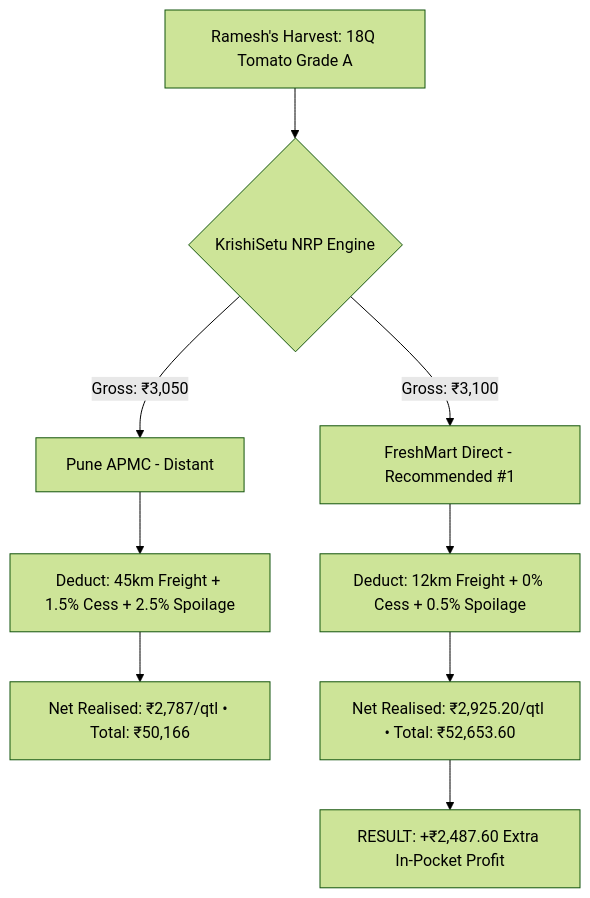
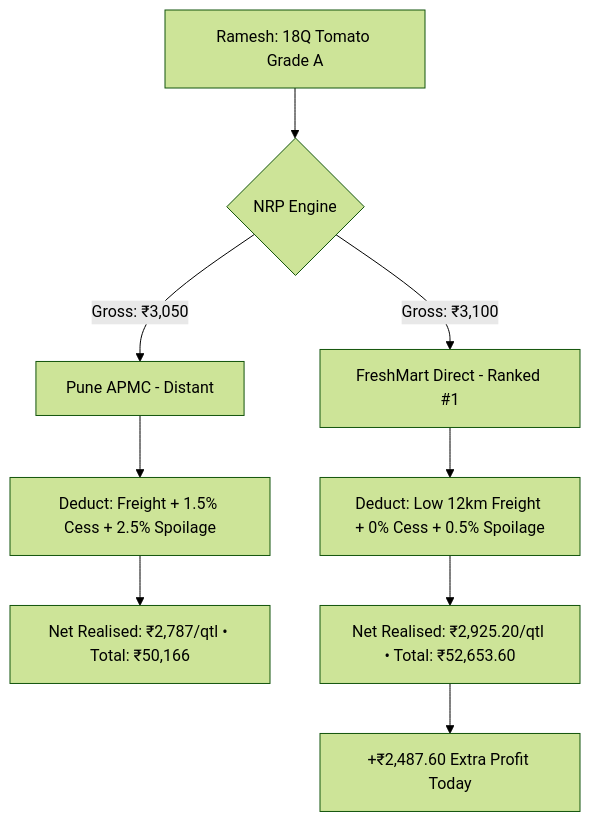
One commit to HackOpsIndia/KrishiSetu changed the diagram in docs/members/rama/README.md. Above: the diagram before and after it, drawn with Mermaid (forest theme). The commit also changed other lines of this file and 24 other files, not shown here.

````diff
--- a/docs/members/rama/README.md
+++ b/docs/members/rama/README.md
@@ -98,14 +24,14 @@
 ```mermaid
 flowchart TD
-    Harvest[Ramesh's Harvest: 18Q Tomato Grade A] --> Compare{KrishiSetu NRP Engine}
+    Harvest[Ramesh: 18Q Tomato Grade A] --> Engine{NRP Engine}
     
-    Compare -->|Gross: ₹3,050| Pune[Pune APMC - Distant]
-    Pune --> Deduct1[Deduct: 45km Freight + 1.5% Cess + 2.5% Spoilage]
+    Engine -->|Gross: ₹3,050| Pune[Pune APMC - Distant]
+    Pune --> Deduct1[Deduct: Freight + 1.5% Cess + 2.5% Spoilage]
     Deduct1 --> Net1[Net Realised: ₹2,787/qtl • Total: ₹50,166]
     
-    Compare -->|Gross: ₹3,100| FreshMart[FreshMart Direct - Recommended #1]
-    FreshMart --> Deduct2[Deduct: 12km Freight + 0% Cess + 0.5% Spoilage]
+    Engine -->|Gross: ₹3,100| FreshMart[FreshMart Direct - Ranked #1]
+    FreshMart --> Deduct2[Deduct: Low 12km Freight + 0% Cess + 0.5% Spoilage]
     Deduct2 --> Net2[Net Realised: ₹2,925.20/qtl • Total: ₹52,653.60]
     
-    Net2 --> Profit[RESULT: +₹2,487.60 Extra In-Pocket Profit]
+    Net2 --> Extra[+₹2,487.60 Extra Profit Today]
 ```
````
